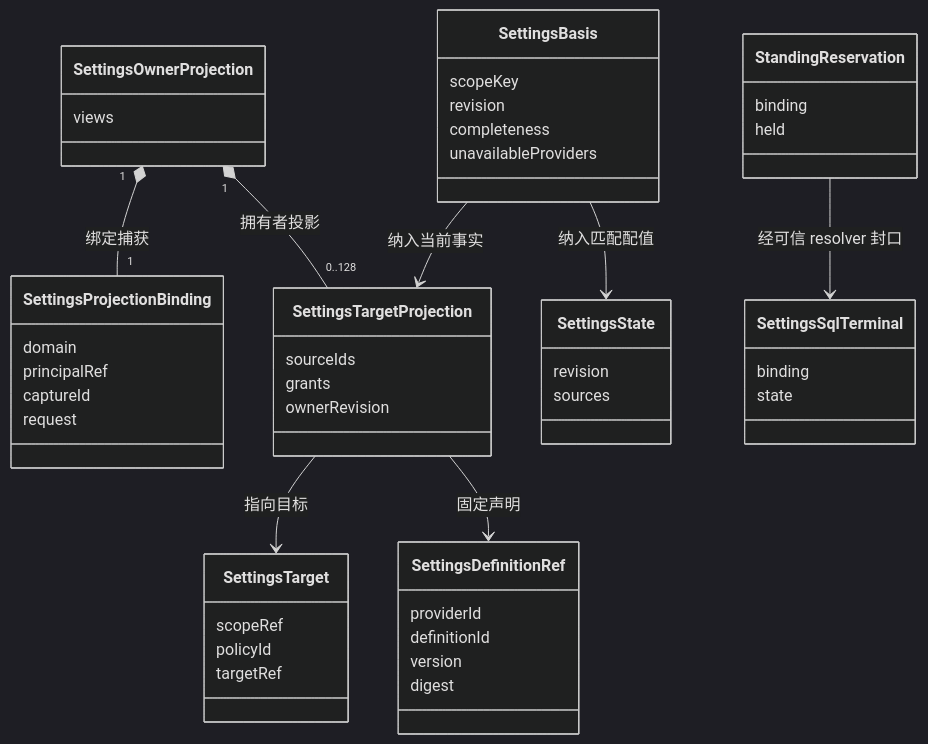
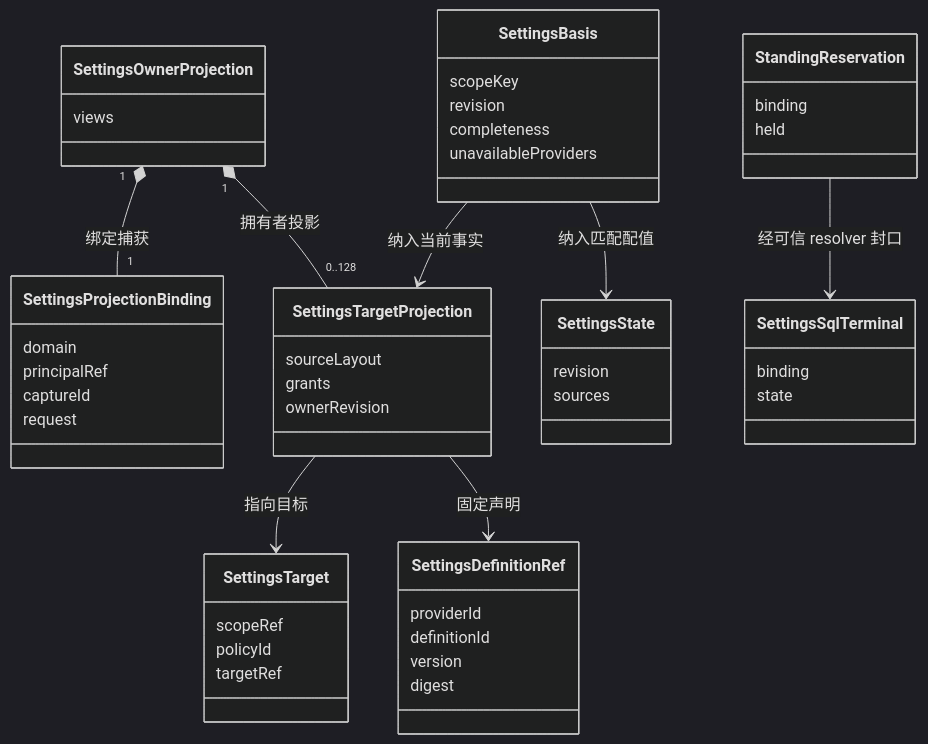
One commit to nemori-ai/omne-harness-lite changed the second of 4 diagrams in packages/assets/settings-local/docs/architecture.md. Above: the diagram before and after it, drawn with Mermaid (dark theme). The commit also changed 64 other files, not shown here.

````diff
--- a/packages/assets/settings-local/docs/architecture.md
+++ b/packages/assets/settings-local/docs/architecture.md
@@ -57,53 +57,53 @@
 ```mermaid
 classDiagram
   class SettingsTarget {
     scopeRef
     policyId
     targetRef
   }
   class SettingsDefinitionRef {
     providerId
     definitionId
     version
     digest
   }
   class SettingsTargetProjection {
-    sourceIds
+    sourceLayout
     grants
     ownerRevision
   }
   class SettingsProjectionBinding {
     domain
     principalRef
     captureId
     request
   }
   class SettingsOwnerProjection {
     views
   }
   class SettingsState {
     revision
     sources
   }
   class SettingsBasis {
     scopeKey
     revision
     completeness
     unavailableProviders
   }
   class StandingReservation {
     binding
     held
   }
   class SettingsSqlTerminal {
     binding
     state
   }
   SettingsOwnerProjection "1" *-- "1" SettingsProjectionBinding : 绑定捕获
   SettingsOwnerProjection "1" *-- "0..128" SettingsTargetProjection : 拥有者投影
   SettingsTargetProjection --> SettingsTarget : 指向目标
   SettingsTargetProjection --> SettingsDefinitionRef : 固定声明
   SettingsBasis --> SettingsTargetProjection : 纳入当前事实
   SettingsBasis --> SettingsState : 纳入匹配配值
   StandingReservation --> SettingsSqlTerminal : 经可信 resolver 封口
 ```
````
